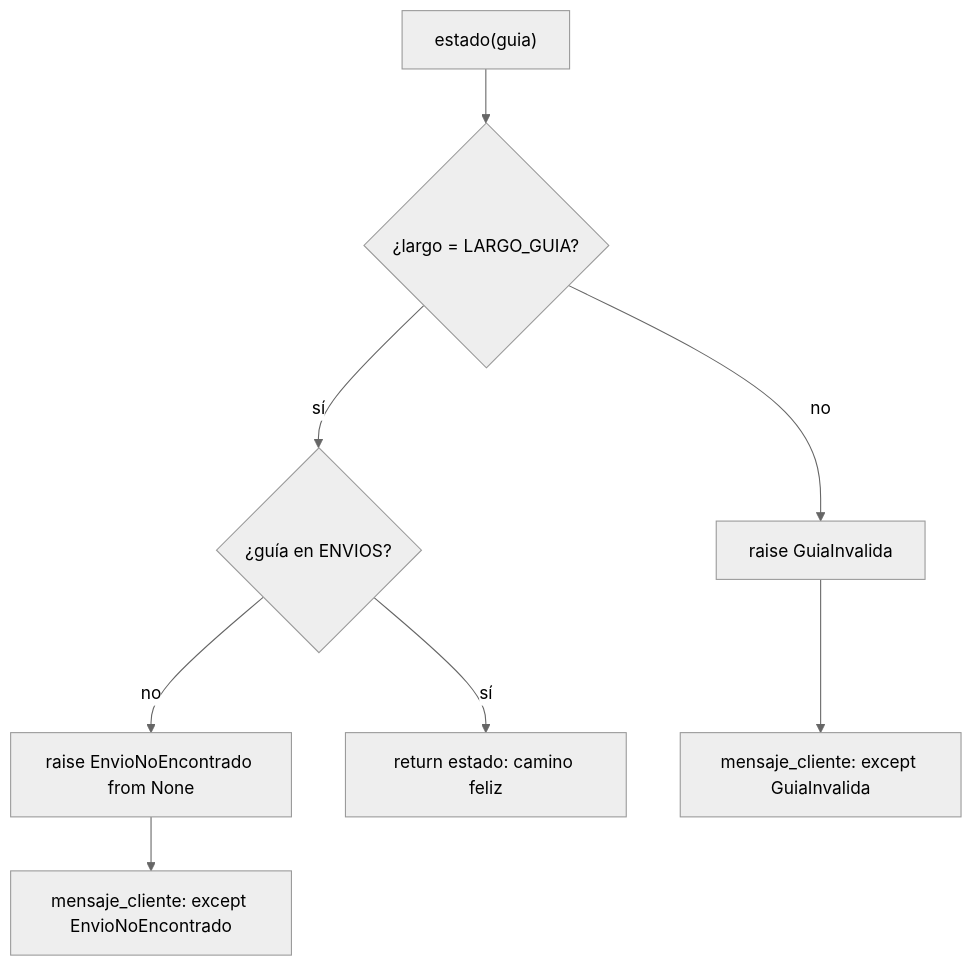
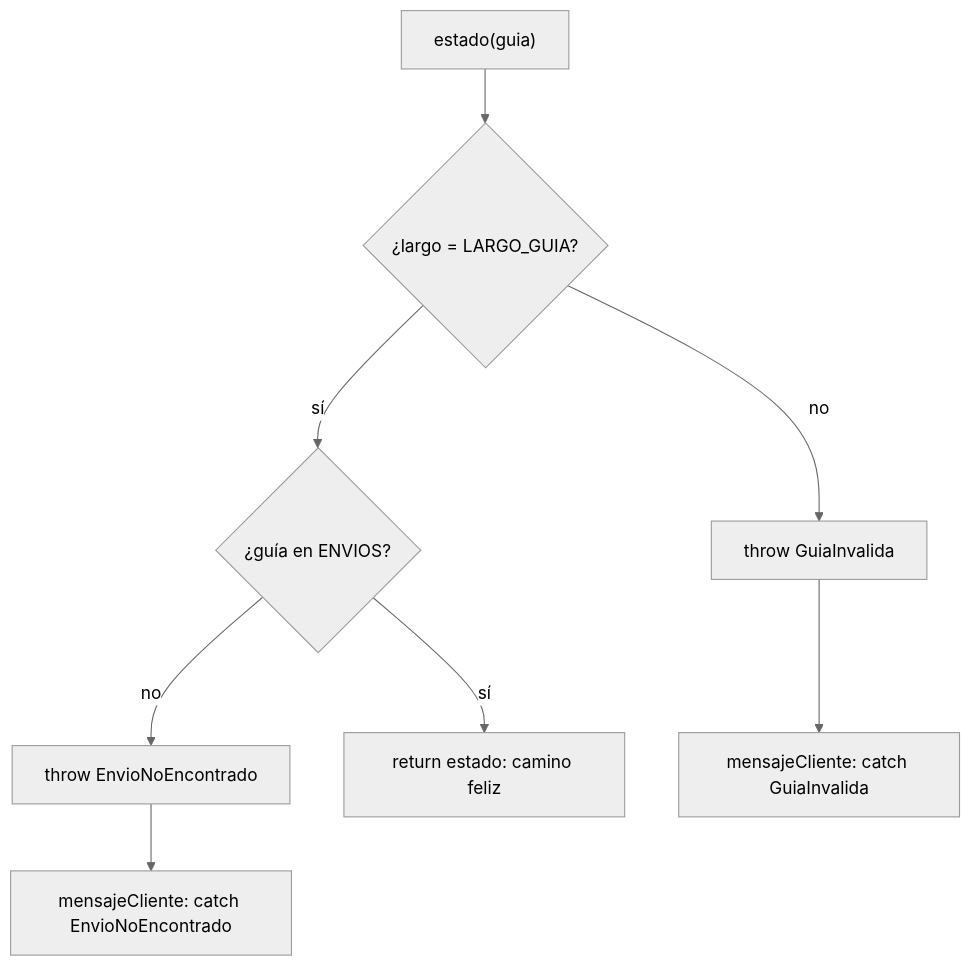
Before and after one commit to NICORUIZ93/The_Imperial_Book: the second of 4 diagrams in web/public/content/foundations/modulo-10.md, drawn with Mermaid (neutral theme). The commit also changed other lines of this file and 1 other file, not shown here.

````diff
--- a/web/public/content/foundations/modulo-10.md
+++ b/web/public/content/foundations/modulo-10.md
@@ -603,10 +739,10 @@
 ```mermaid
 flowchart TD
     G["estado(guia)"] --> L{"¿largo = LARGO_GUIA?"}
-    L -- "no" --> I["raise GuiaInvalida"]
+    L -- "no" --> I["throw GuiaInvalida"]
     L -- "sí" --> B{"¿guía en ENVIOS?"}
-    B -- "no" --> N["raise EnvioNoEncontrado from None"]
+    B -- "no" --> N["throw EnvioNoEncontrado"]
     B -- "sí" --> E["return estado: camino feliz"]
-    I --> M["mensaje_cliente: except GuiaInvalida"]
-    N --> M2["mensaje_cliente: except EnvioNoEncontrado"]
+    I --> M["mensajeCliente: catch GuiaInvalida"]
+    N --> M2["mensajeCliente: catch EnvioNoEncontrado"]
 ```
````
